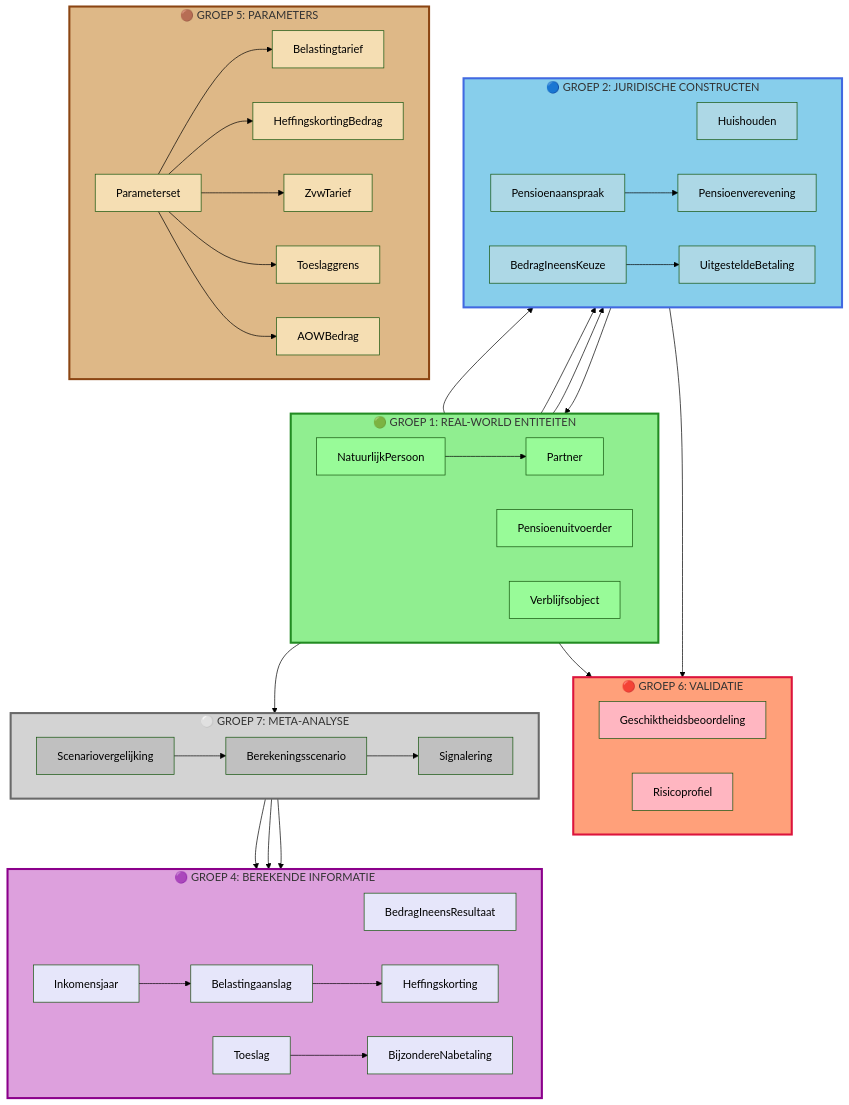
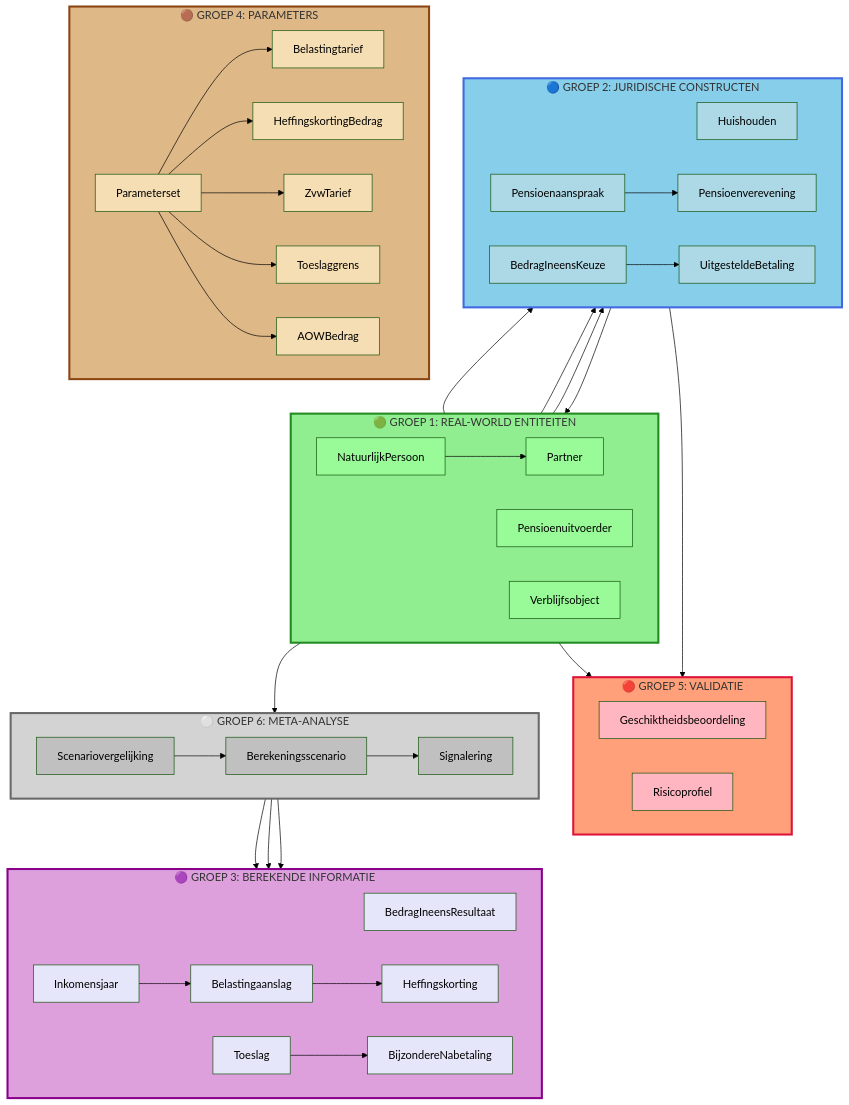
The diagram in objectmodel_groepen.mmd (linnaeus-ai/onegov-hackathon-rac-uwv), drawn with Mermaid (forest theme) before and after one commit. The commit also changed 2 other files, not shown here.

```diff
--- a/objectmodel_groepen.mmd
+++ b/objectmodel_groepen.mmd
@@ -1,119 +1,119 @@
 flowchart TB
     subgraph G1["🟢 GROEP 1: REAL-WORLD ENTITEITEN"]
         direction LR
         NP[NatuurlijkPersoon]
         PA[Partner]
         PU[Pensioenuitvoerder]
         VO[Verblijfsobject]
     end
 
     subgraph G2["🔵 GROEP 2: JURIDISCHE CONSTRUCTEN"]
         direction LR
         HH[Huishouden]
         PEN[Pensioenaanspraak]
         PV[Pensioenverevening]
         BIK[BedragIneensKeuze]
         UB[UitgesteldeBetaling]
     end
 
-    subgraph G4["🟣 GROEP 4: BEREKENDE INFORMATIE"]
+    subgraph G3["🟣 GROEP 3: BEREKENDE INFORMATIE"]
         direction LR
         BIR[BedragIneensResultaat]
         IJ[Inkomensjaar]
         BA[Belastingaanslag]
         HK[Heffingskorting]
         TS[Toeslag]
         BN[BijzondereNabetaling]
     end
 
-    subgraph G5["🟤 GROEP 5: PARAMETERS"]
+    subgraph G4["🟤 GROEP 4: PARAMETERS"]
         direction LR
         PS[Parameterset]
         BT[Belastingtarief]
         HKB[HeffingskortingBedrag]
         ZT[ZvwTarief]
         TG[Toeslaggrens]
         AOW[AOWBedrag]
     end
 
-    subgraph G6["🔴 GROEP 6: VALIDATIE"]
+    subgraph G5["🔴 GROEP 5: VALIDATIE"]
         direction LR
         GB[Geschiktheidsbeoordeling]
         RP[Risicoprofiel]
     end
 
-    subgraph G7["⚪ GROEP 7: META-ANALYSE"]
+    subgraph G6["⚪ GROEP 6: META-ANALYSE"]
         direction LR
         BS[Berekeningsscenario]
         SV[Scenariovergelijking]
         SIG[Signalering]
     end
 
     NP --> HH
     NP --> PA
     NP --> PEN
     NP --> BIK
     NP --> RP
     NP --> BS
 
     PEN --> PU
     PEN --> PV
 
     BIK --> UB
     BIK --> GB
 
     BS --> BIR
     BS --> IJ
     BS --> TS
     BS --> SIG
 
     IJ --> BA
     BA --> HK
     TS --> BN
 
     PS --> BT
     PS --> HKB
     PS --> ZT
     PS --> TG
     PS --> AOW
 
     SV --> BS
 
     style G1 fill:#90EE90,stroke:#228B22,stroke-width:3px
     style G2 fill:#87CEEB,stroke:#4169E1,stroke-width:3px
-    style G4 fill:#DDA0DD,stroke:#8B008B,stroke-width:3px
-    style G5 fill:#DEB887,stroke:#8B4513,stroke-width:3px
-    style G6 fill:#FFA07A,stroke:#DC143C,stroke-width:3px
-    style G7 fill:#D3D3D3,stroke:#696969,stroke-width:3px
+    style G3 fill:#DDA0DD,stroke:#8B008B,stroke-width:3px
+    style G4 fill:#DEB887,stroke:#8B4513,stroke-width:3px
+    style G5 fill:#FFA07A,stroke:#DC143C,stroke-width:3px
+    style G6 fill:#D3D3D3,stroke:#696969,stroke-width:3px
 
     style NP fill:#98FB98
     style PA fill:#98FB98
     style PU fill:#98FB98
     style VO fill:#98FB98
 
     style HH fill:#ADD8E6
     style PEN fill:#ADD8E6
     style PV fill:#ADD8E6
     style BIK fill:#ADD8E6
     style UB fill:#ADD8E6
 
     style BIR fill:#E6E6FA
     style IJ fill:#E6E6FA
     style BA fill:#E6E6FA
     style HK fill:#E6E6FA
     style TS fill:#E6E6FA
     style BN fill:#E6E6FA
 
     style PS fill:#F5DEB3
     style BT fill:#F5DEB3
     style HKB fill:#F5DEB3
     style ZT fill:#F5DEB3
     style TG fill:#F5DEB3
     style AOW fill:#F5DEB3
 
     style GB fill:#FFB6C1
     style RP fill:#FFB6C1
 
     style BS fill:#C0C0C0
     style SV fill:#C0C0C0
     style SIG fill:#C0C0C0
```
